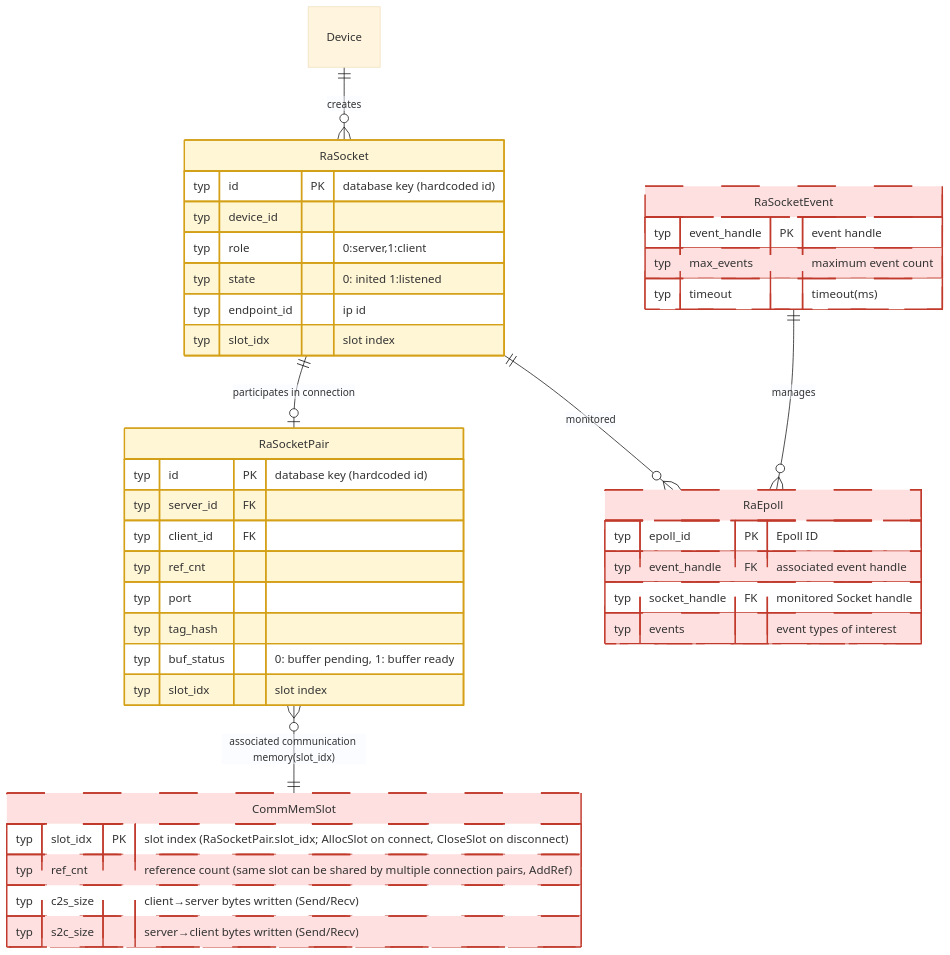
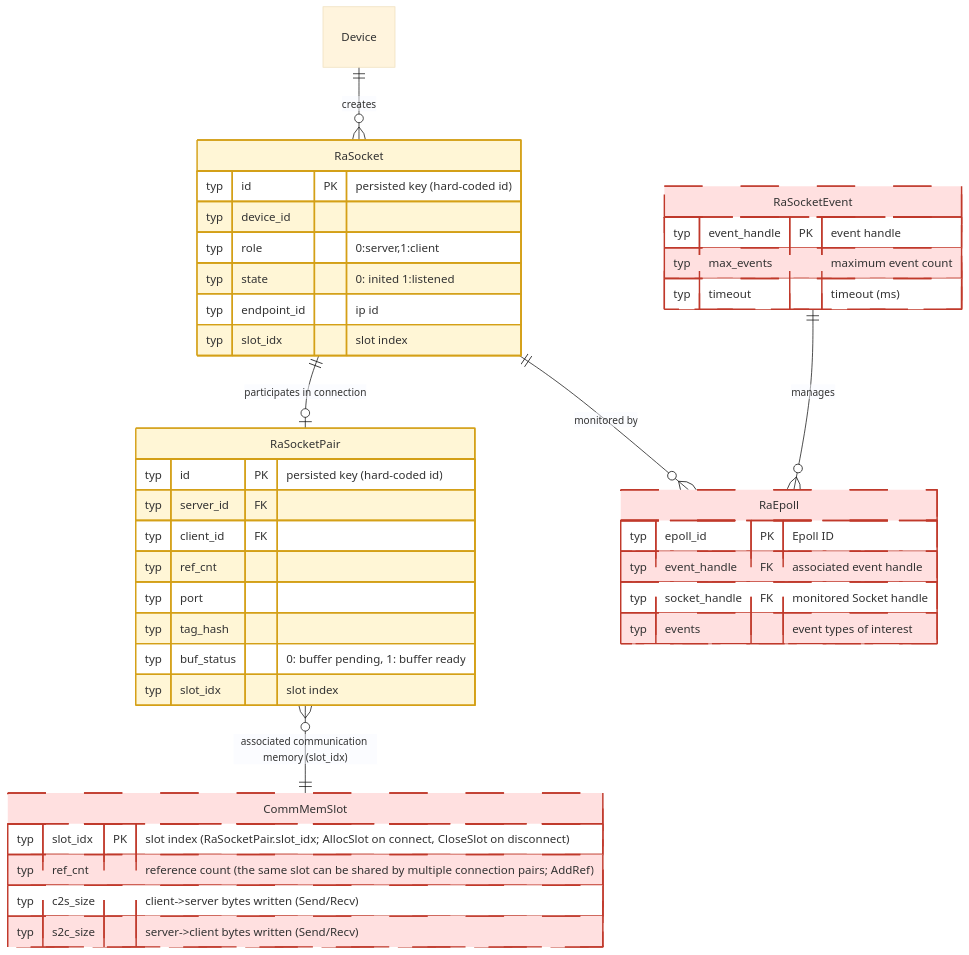
Diagram 13 of 19 in test/hccl_vm/docs/simulator_runner_data_model_en.md (Atlas-Ascend-Fork/hcomm), drawn with Mermaid (base theme) before and after one commit. The commit also changed other lines of this file and 171 other files, not shown here.

````diff
--- a/test/hccl_vm/docs/simulator_runner_data_model_en.md
+++ b/test/hccl_vm/docs/simulator_runner_data_model_en.md
@@ -1119,58 +1143,58 @@
 ```mermaid
 erDiagram
     %% ==========================================
-    %% Socket Communication (RaSocket Series Interfaces)
-    %% 🧠 Process-private candidates: RaSocketPair (only src/proxy accesses; RaSocket in same section is 🧊)
-    %% 🧊 RaSocket table: zero references in repo (only registered, no read/write) — does not need database persistence
+    %% Socket communication (RaSocket family interfaces)
+    %% Process-private candidates: RaSocketPair (accessed only by src/proxy; RaSocket in the same section is zombie)
+    %% Zombie RaSocket table: zero references in the whole repo (registered only; no reads/writes) - no need to persist
     %% ==========================================
     Device ||--o{ RaSocket : creates
-    %% 🧊 Zero-reference table: only has struct and registration, no database read/write
+    %% Zombie table: only struct and registration entry exist; no library reads/writes
     RaSocket {
-        typ id PK "database key (hardcoded id)"
+        typ id PK "persisted key (hard-coded id)"
         typ device_id
         typ role "0:server,1:client"
         typ state "0: inited 1:listened"
         typ endpoint_id "ip id"
         typ slot_idx "slot index"
     }
     RaSocketPair {
-        typ id PK "database key (hardcoded id)"
+        typ id PK "persisted key (hard-coded id)"
         typ server_id FK
         typ client_id FK
         typ ref_cnt
         typ port
         typ tag_hash
         typ buf_status "0: buffer pending, 1: buffer ready"
         typ slot_idx "slot index"
     }
     RaSocket ||--o| RaSocketPair : "participates in connection"
-    RaSocketPair }o--|| CommMemSlot : "associated communication memory(slot_idx)"
+    RaSocketPair }o--|| CommMemSlot : "associated communication memory (slot_idx)"
 
-    %% store layer communication memory pool: mmap shared memory divided by slots (store_sim_comm_memory_manager.h), not a RunnerDB registered table
+    %% store-layer communication memory pool: mmap shared memory divided by slots (store_sim_comm_memory_manager.h); not a RunnerDB registered table
     CommMemSlot {
         typ slot_idx PK "slot index (RaSocketPair.slot_idx; AllocSlot on connect, CloseSlot on disconnect)"
-        typ ref_cnt "reference count (same slot can be shared by multiple connection pairs, AddRef)"
-        typ c2s_size "client→server bytes written (Send/Recv)"
-        typ s2c_size "server→client bytes written (Send/Recv)"
+        typ ref_cnt "reference count (the same slot can be shared by multiple connection pairs; AddRef)"
+        typ c2s_size "client->server bytes written (Send/Recv)"
+        typ s2c_size "server->client bytes written (Send/Recv)"
     }
 
-    %% Socket Event Management (Epoll mechanism)
+    %% Socket event management (Epoll mechanism)
     RaSocketEvent {
         typ event_handle PK "event handle"
         typ max_events "maximum event count"
-        typ timeout "timeout(ms)"
+        typ timeout "timeout (ms)"
     }
     RaEpoll {
         typ epoll_id PK "Epoll ID"
         typ event_handle FK "associated event handle"
         typ socket_handle FK "monitored Socket handle"
         typ events "event types of interest"
     }
     RaSocketEvent ||--o{ RaEpoll : "manages"
-    RaSocket ||--o{ RaEpoll : "monitored"
+    RaSocket ||--o{ RaEpoll : "monitored by"
 
     classDef unimplemented fill:#ffe0e0,stroke:#c0392b,stroke-width:2px,stroke-dasharray:5 3
     classDef inproc fill:#fff6d6,stroke:#d4a017,stroke-width:2px
     class CommMemSlot,RaSocketEvent,RaEpoll unimplemented
     class RaSocket,RaSocketPair inproc
 ```
````
